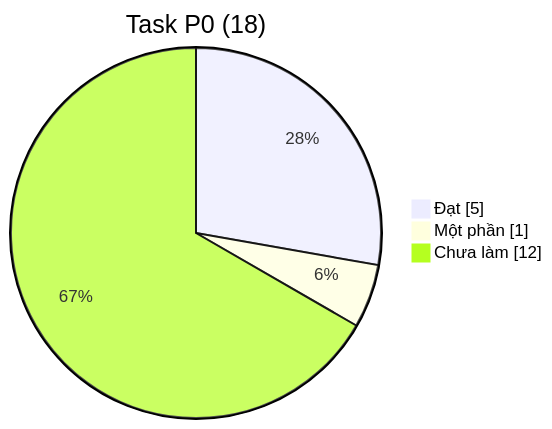
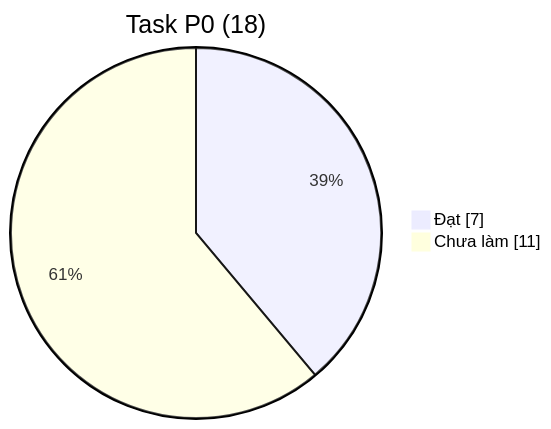
Before and after one commit to nguyenquangtiep/smart-home-future: the first of 4 diagrams in docs/ROADMAP.md, drawn with Mermaid. The commit also changed other lines of this file and 16 other files, not shown here.

````diff
--- a/docs/ROADMAP.md
+++ b/docs/ROADMAP.md
@@ -14,6 +14,5 @@
 ```mermaid
 pie showData title Task P0 (18)
-    "Đạt" : 5
-    "Một phần" : 1
-    "Chưa làm" : 12
+    "Đạt" : 7
+    "Chưa làm" : 11
 ```
````
